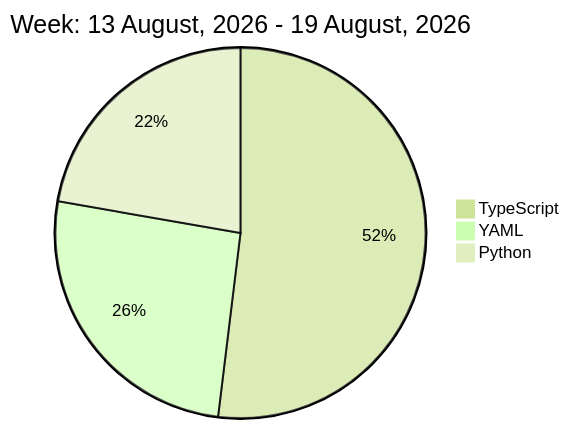
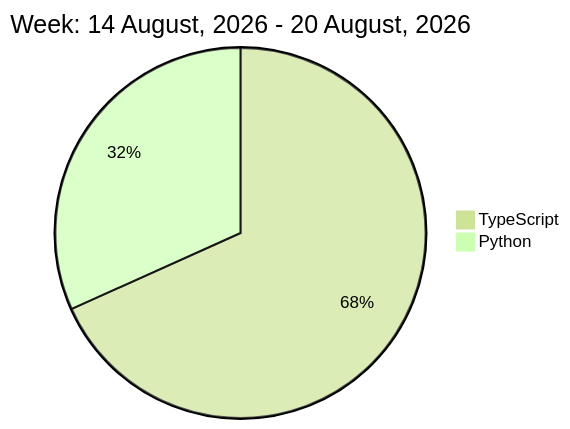
The diagram in README.md (liubin95/liubin95), drawn with Mermaid (forest theme) before and after one commit.

Commit message:
Updated the Graph with new Metrics

````diff
--- a/README.md
+++ b/README.md
@@ -32,7 +32,6 @@
 ```mermaid
  pie
-title Week: 13 August, 2026 - 19 August, 2026
- "TypeScript" : 4.97
- "YAML" : 2.47
- "Python" : 2.13
+title Week: 14 August, 2026 - 20 August, 2026
+ "TypeScript" : 4.8
+ "Python" : 2.23
 ```
````
